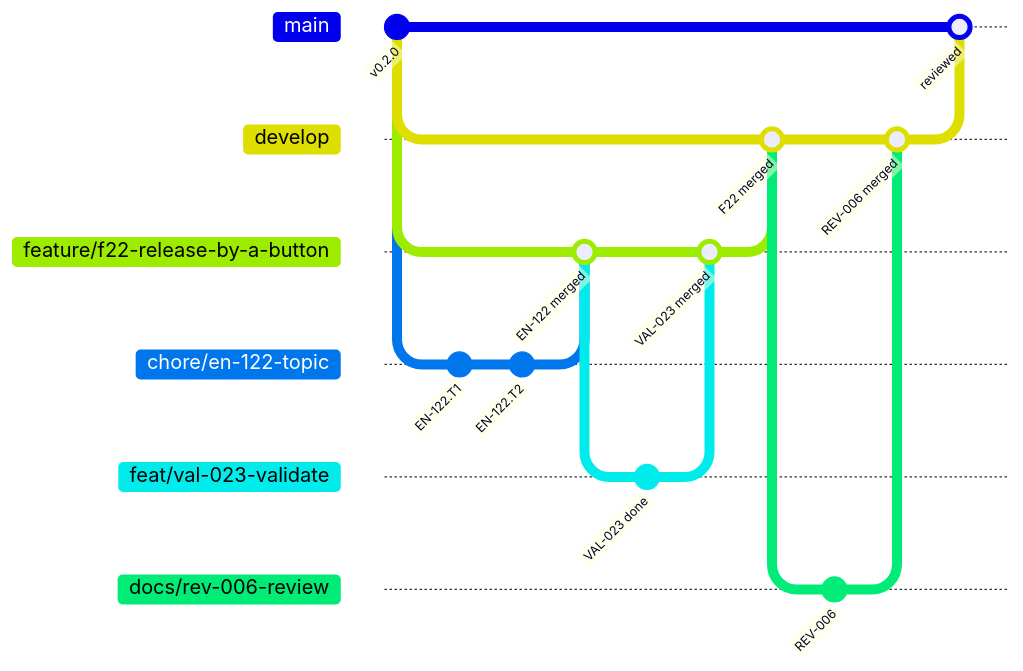
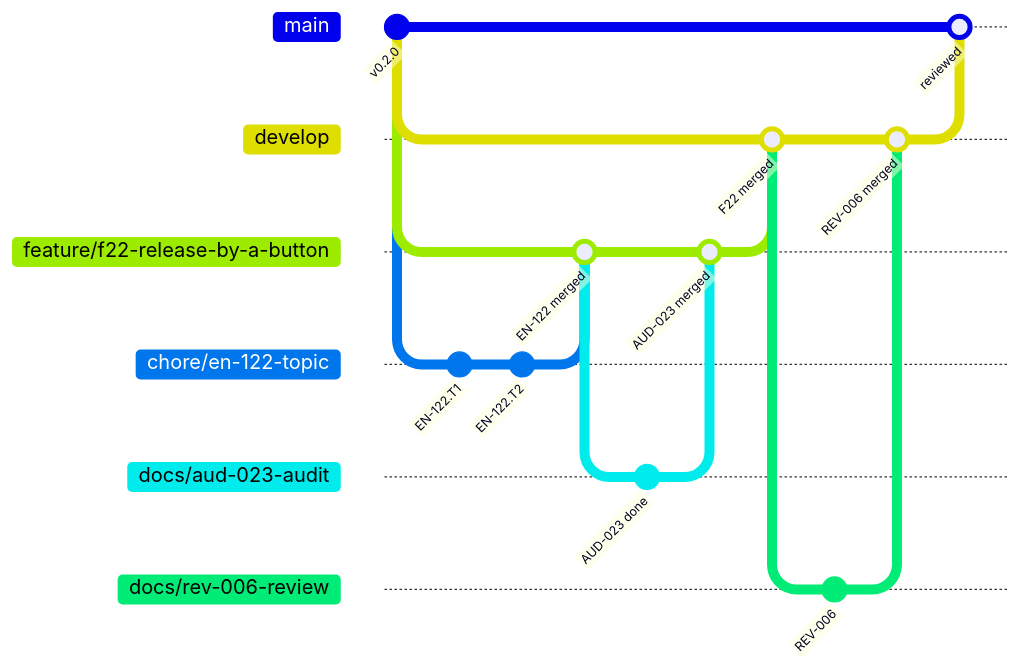
One commit to AlexandreGallais/synoptic-studio changed the diagram in docs/tooling/git-workflow.md. Above: the diagram before and after it, drawn with Mermaid. The commit also changed other lines of this file and 8 other files, not shown here.

````diff
--- a/docs/tooling/git-workflow.md
+++ b/docs/tooling/git-workflow.md
@@ -21,28 +21,28 @@
 ```mermaid
 gitGraph
   commit id: "v0.2.0"
   branch develop
   checkout develop
   branch feature/f22-release-by-a-button
   checkout feature/f22-release-by-a-button
   branch chore/en-122-topic
   checkout chore/en-122-topic
   commit id: "EN-122.T1"
   commit id: "EN-122.T2"
   checkout feature/f22-release-by-a-button
   merge chore/en-122-topic id: "EN-122 merged"
-  branch feat/val-023-validate
-  checkout feat/val-023-validate
-  commit id: "VAL-023 done"
+  branch docs/aud-023-audit
+  checkout docs/aud-023-audit
+  commit id: "AUD-023 done"
   checkout feature/f22-release-by-a-button
-  merge feat/val-023-validate id: "VAL-023 merged"
+  merge docs/aud-023-audit id: "AUD-023 merged"
   checkout develop
   merge feature/f22-release-by-a-button id: "F22 merged"
   branch docs/rev-006-review
   checkout docs/rev-006-review
   commit id: "REV-006"
   checkout develop
   merge docs/rev-006-review id: "REV-006 merged"
   checkout main
   merge develop id: "reviewed"
 ```
````
